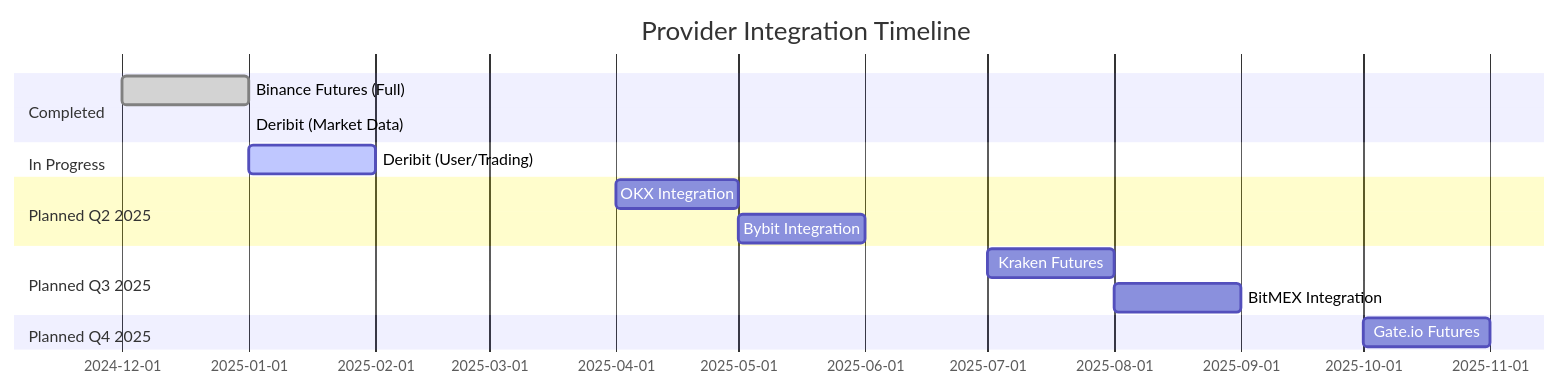
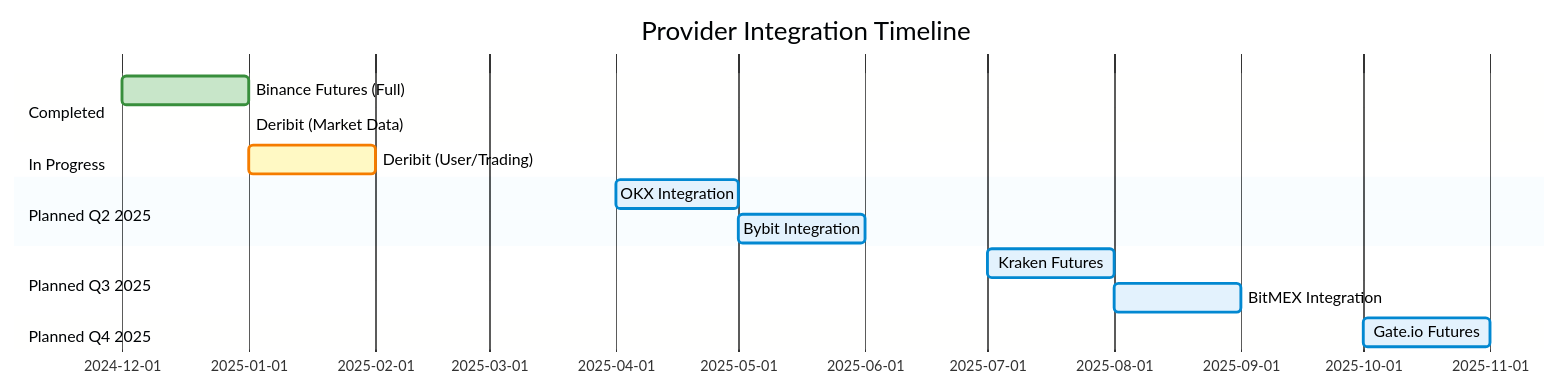
One commit to ArmandRicheletKleinberg/Ark.Alliance.Trading.Providers.Lib changed the third of 10 diagrams in README.md. Above: the diagram before and after it, drawn with Mermaid. The commit also changed other lines of this file, not shown here.

First line of the commit message:
enhance: professional styling for main README mermaid diagrams

````diff
--- a/README.md
+++ b/README.md
@@ -257,22 +267,24 @@
 ```mermaid
+%%{init: {'theme':'base', 'themeVariables': { 'primaryColor':'#e1f5ff','primaryTextColor':'#000','primaryBorderColor':'#0288d1','grid':'#ccc','doneTaskBkgColor':'#c8e6c9','doneTaskBorderColor':'#388e3c','activeTaskBkgColor':'#fff9c4','activeTaskBorderColor':'#f57c00','taskBkgColor':'#e3f2fd','taskBorderColor':'#0288d1','taskTextColor':'#000','todayLineColor':'#d32f2f','textColor':'#000'}}}%%
 gantt
     title Provider Integration Timeline
     dateFormat YYYY-MM
+    
     section Completed
     Binance Futures (Full)   :done, binance, 2024-12, 2025-01
     Deribit (Market Data)     :done, deribit-md, 2025-01, 2025-01
     
     section In Progress
     Deribit (User/Trading)    :active, deribit-full, 2025-01, 2025-02
     
     section Planned Q2 2025
     OKX Integration           :okx, 2025-04, 2025-05
     Bybit Integration         :bybit, 2025-05, 2025-06
     
     section Planned Q3 2025
     Kraken Futures            :kraken, 2025-07, 2025-08
     BitMEX Integration        :bitmex, 2025-08, 2025-09
     
     section Planned Q4 2025
     Gate.io Futures           :gateio, 2025-10, 2025-11
 ```
````
